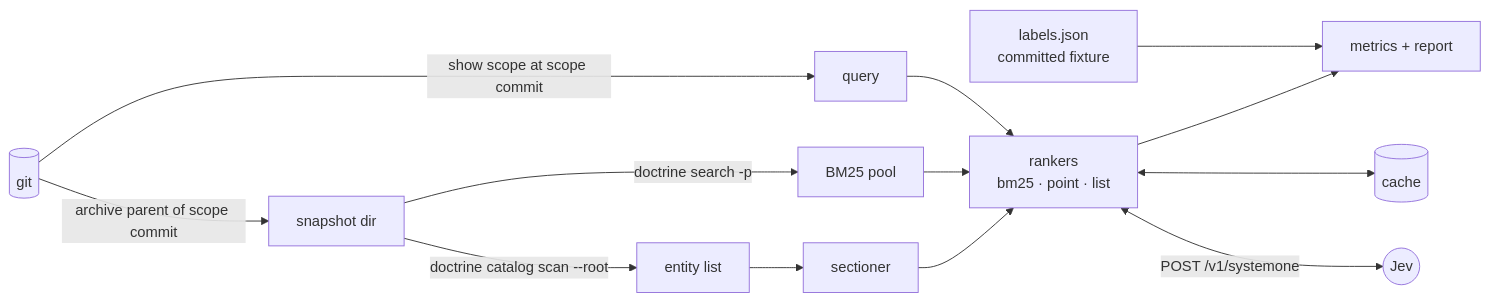
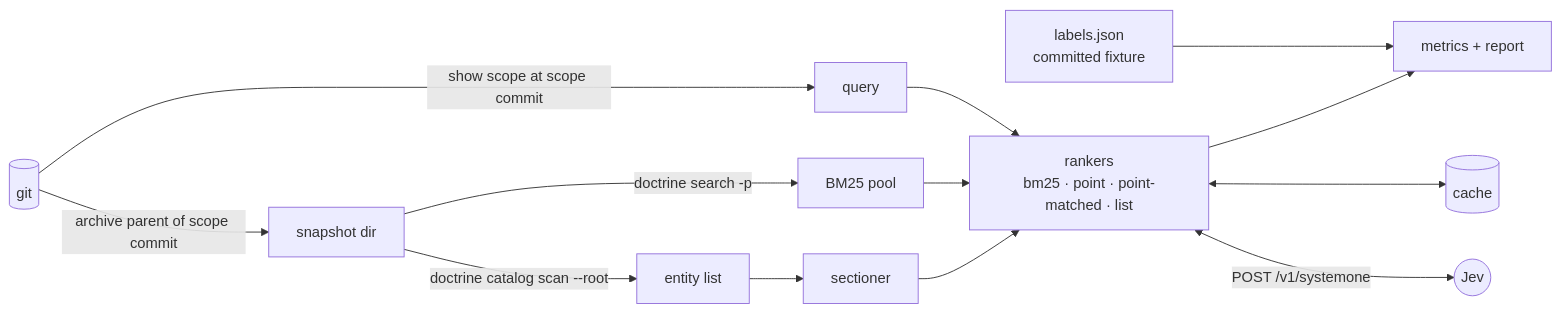
One commit to davidlee/doctrine changed the diagram in .doctrine/slice/277/design.md. Above: the diagram before and after it, drawn with Mermaid. The commit also changed other lines of this file and 7 other files, not shown here.

````diff
--- a/.doctrine/slice/277/design.md
+++ b/.doctrine/slice/277/design.md
@@ -40,15 +44,15 @@
 ```mermaid
 flowchart LR
   fx[labels.json<br/>committed fixture] --> ev
   git[(git)] -->|archive parent of scope commit| snap[snapshot dir]
   git -->|show scope at scope commit| q[query]
   snap -->|doctrine catalog scan --root| cat[entity list]
   snap -->|doctrine search -p| pool[BM25 pool]
   cat --> sec[sectioner]
   pool --> rk
-  sec --> rk[rankers<br/>bm25 · point · list]
+  sec --> rk[rankers<br/>bm25 · point · point-matched · list]
   q --> rk
   rk <-->|POST /v1/systemone| jev((Jev))
   rk <--> cache[(cache)]
   rk --> ev[metrics + report]
 ```
````
